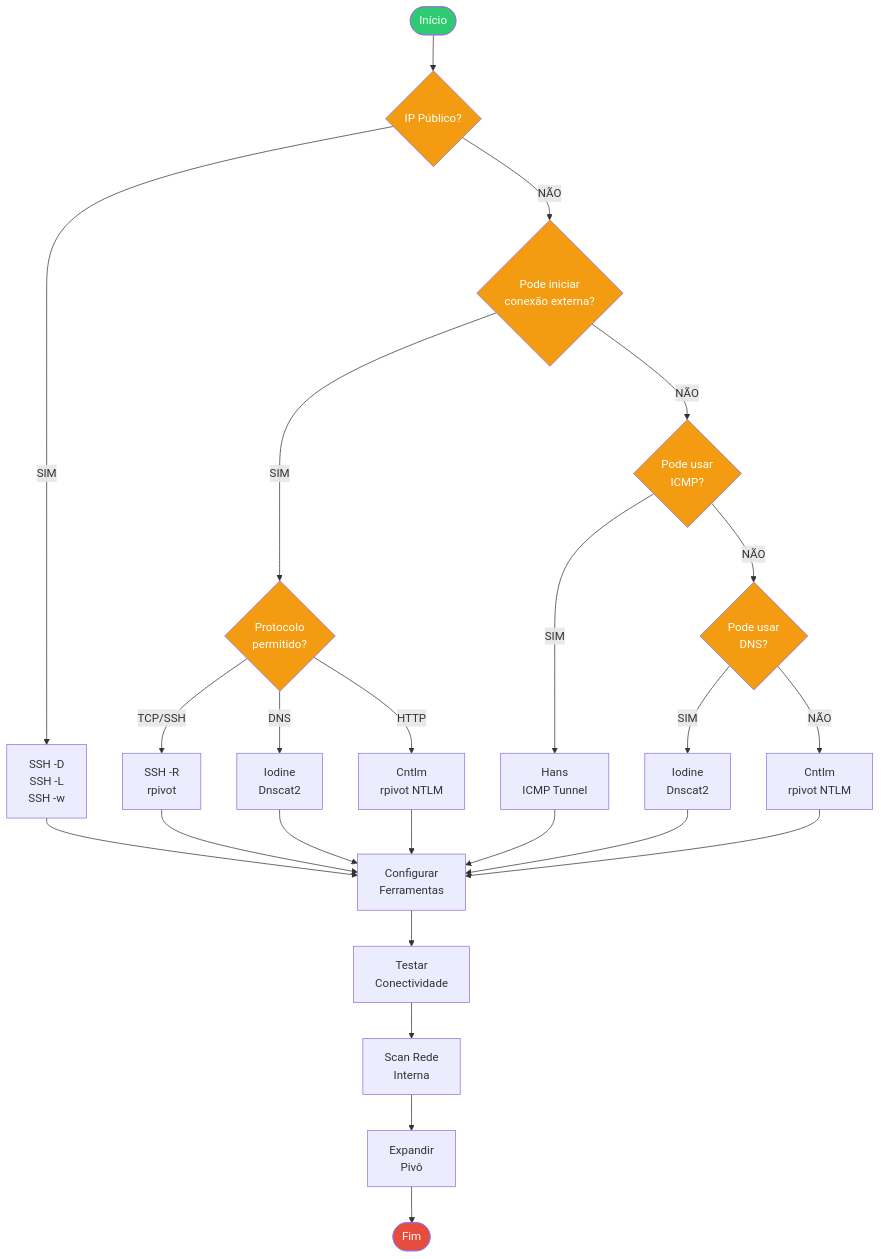
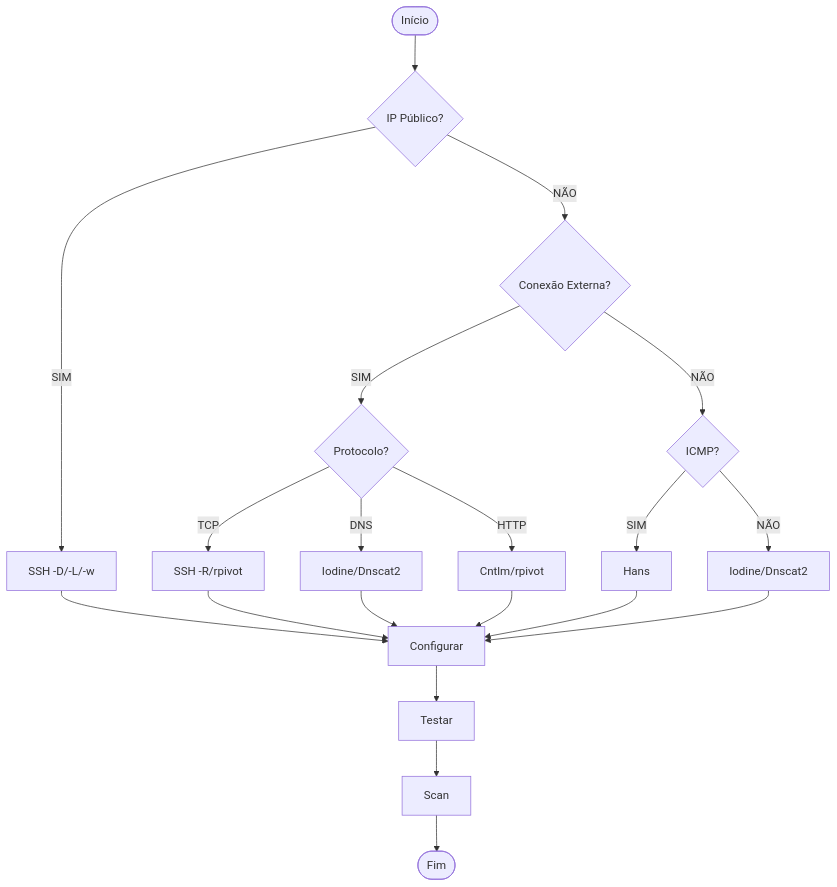
The fifth of 20 diagrams in RedTeam/Guia_Pivoting/pivoting.md (Guilherme-alexander/CyberSecurity), drawn with Mermaid before and after one commit. The commit also changed other lines of this file, not shown here.

````diff
--- a/RedTeam/Guia_Pivoting/pivoting.md
+++ b/RedTeam/Guia_Pivoting/pivoting.md
@@ -208,41 +85,22 @@
 ```mermaid
-flowchart TD
+graph TD
     INICIO([Início]) --> Q1{IP Público?}
-    
-    Q1 -->|SIM| SSH_DIRETO[SSH -D<br/>SSH -L<br/>SSH -w]
-    Q1 -->|NÃO| Q2{Pode iniciar<br/>conexão externa?}
-    
-    Q2 -->|SIM| Q3{Protocolo<br/>permitido?}
-    Q2 -->|NÃO| Q4{Pode usar<br/>ICMP?}
-    
-    Q3 -->|TCP/SSH| SSH_REVERSE[SSH -R<br/>rpivot]
-    Q3 -->|DNS| DNS_TUNEL[Iodine<br/>Dnscat2]
-    Q3 -->|HTTP| HTTP_PROXY[Cntlm<br/>rpivot NTLM]
-    
-    Q4 -->|SIM| ICMP_TUNEL[Hans<br/>ICMP Tunnel]
-    Q4 -->|NÃO| Q5{Pode usar<br/>DNS?}
-    
-    Q5 -->|SIM| DNS_TUNEL2[Iodine<br/>Dnscat2]
-    Q5 -->|NÃO| HTTP_PROXY2[Cntlm<br/>rpivot NTLM]
-    
-    SSH_DIRETO --> CONFIG[Configurar<br/>Ferramentas]
-    SSH_REVERSE --> CONFIG
-    DNS_TUNEL --> CONFIG
-    HTTP_PROXY --> CONFIG
-    ICMP_TUNEL --> CONFIG
-    DNS_TUNEL2 --> CONFIG
-    HTTP_PROXY2 --> CONFIG
-    
-    CONFIG --> TEST[Testar<br/>Conectividade]
-    TEST --> SCAN[Scan Rede<br/>Interna]
-    SCAN --> EXPAND[Expandir<br/>Pivô]
-    EXPAND --> FIM([Fim])
-    
-    style INICIO fill:#2ecc71,color:#fff
-    style FIM fill:#e74c3c,color:#fff
-    style Q1 fill:#f39c12,color:#fff
-    style Q2 fill:#f39c12,color:#fff
-    style Q3 fill:#f39c12,color:#fff
-    style Q4 fill:#f39c12,color:#fff
-    style Q5 fill:#f39c12,color:#fff
+    Q1 -->|SIM| SSH[SSH -D/-L/-w]
+    Q1 -->|NÃO| Q2{Conexão Externa?}
+    Q2 -->|SIM| Q3{Protocolo?}
+    Q3 -->|TCP| SSH_R[SSH -R/rpivot]
+    Q3 -->|DNS| DNS[Iodine/Dnscat2]
+    Q3 -->|HTTP| HTTP[Cntlm/rpivot]
+    Q2 -->|NÃO| Q4{ICMP?}
+    Q4 -->|SIM| ICMP[Hans]
+    Q4 -->|NÃO| DNS2[Iodine/Dnscat2]
+    SSH --> CONFIG[Configurar]
+    SSH_R --> CONFIG
+    DNS --> CONFIG
+    HTTP --> CONFIG
+    ICMP --> CONFIG
+    DNS2 --> CONFIG
+    CONFIG --> TEST[Testar]
+    TEST --> SCAN[Scan]
+    SCAN --> FIM([Fim])
 ```
````
